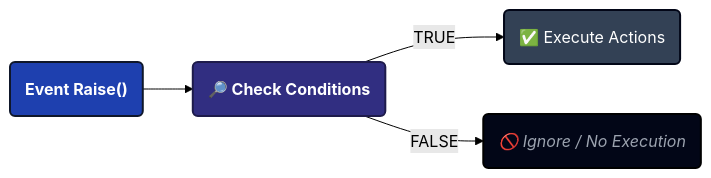
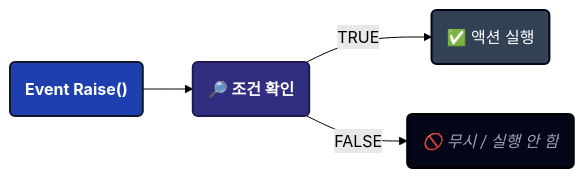
One commit to tinygiants-tech/TinyGiants changed the first of 5 diagrams in i18n/ko/docusaurus-plugin-content-docs/current/game-event-system/visual-workflow/game-event-behavior.md. Above: the diagram before and after it, drawn with Mermaid (forest theme). The commit also changed other lines of this file and 81 other files, not shown here.

````diff
--- a/i18n/ko/docusaurus-plugin-content-docs/current/game-event-system/visual-workflow/game-event-behavior.md
+++ b/i18n/ko/docusaurus-plugin-content-docs/current/game-event-system/visual-workflow/game-event-behavior.md
@@ -77,19 +77,19 @@
 ```mermaid
 graph LR
 
     classDef event fill:#1e40af,stroke:#0f172a,stroke-width:2px,color:#ffffff,font-weight:bold
     classDef condition fill:#312e81,stroke:#1e1b4b,stroke-width:2px,color:#ffffff,font-weight:bold
     classDef action fill:#334155,stroke:#020617,stroke-width:2px,color:#ffffff
     classDef ignore fill:#020617,stroke:#000000,stroke-width:2px,color:#9ca3af,font-style:italic
 
     A("Event Raise()"):::event
-    B(🔎 Check Conditions):::condition
+    B(🔎 조건 확인):::condition
 
-    C(✅ Execute Actions):::action
-    D(🚫 Ignore / No Execution):::ignore
+    C(✅ 액션 실행):::action
+    D(🚫 무시 / 실행 안 함):::ignore
 
     A --> B
     B -->|TRUE| C
     B -->|FALSE| D
 
 ```
````
